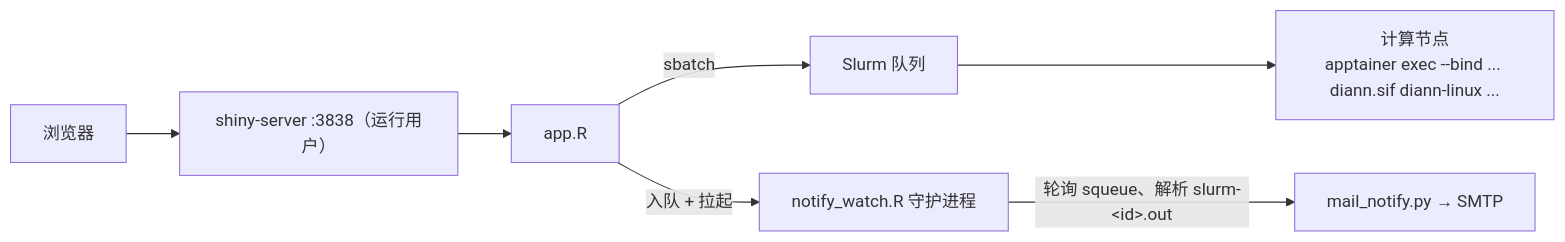
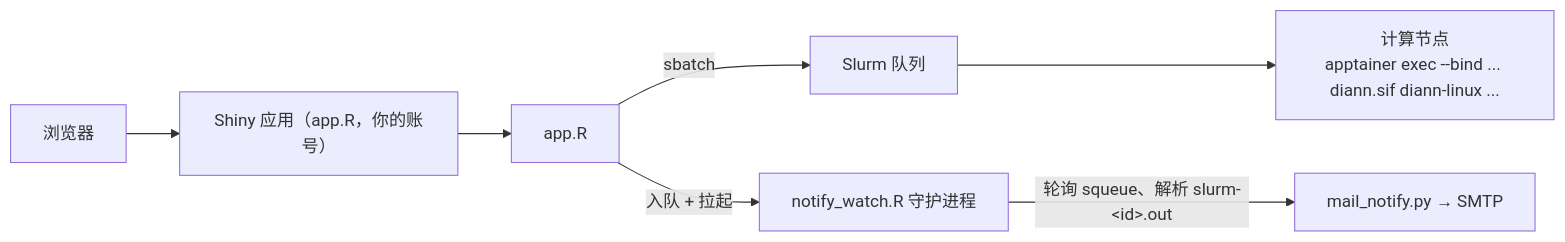
One commit to zhangdong360/diann-gui changed the diagram in README.zh-CN.md. Above: the diagram before and after it, drawn with Mermaid. The commit also changed other lines of this file and 6 other files, not shown here.

````diff
--- a/README.zh-CN.md
+++ b/README.zh-CN.md
@@ -30,9 +60,9 @@
 ```mermaid
 flowchart LR
-    B[浏览器] --> SS["shiny-server :3838（运行用户）"]
+    B[浏览器] --> SS["Shiny 应用（app.R，你的账号）"]
     SS --> A["app.R"]
     A -->|"sbatch"| Q[Slurm 队列]
     Q --> CN["计算节点<br/>apptainer exec --bind ... diann.sif diann-linux ..."]
     A -->|"入队 + 拉起"| W["notify_watch.R 守护进程"]
     W -->|"轮询 squeue、解析 slurm-&lt;id&gt;.out"| M["mail_notify.py → SMTP"]
 ```
````
